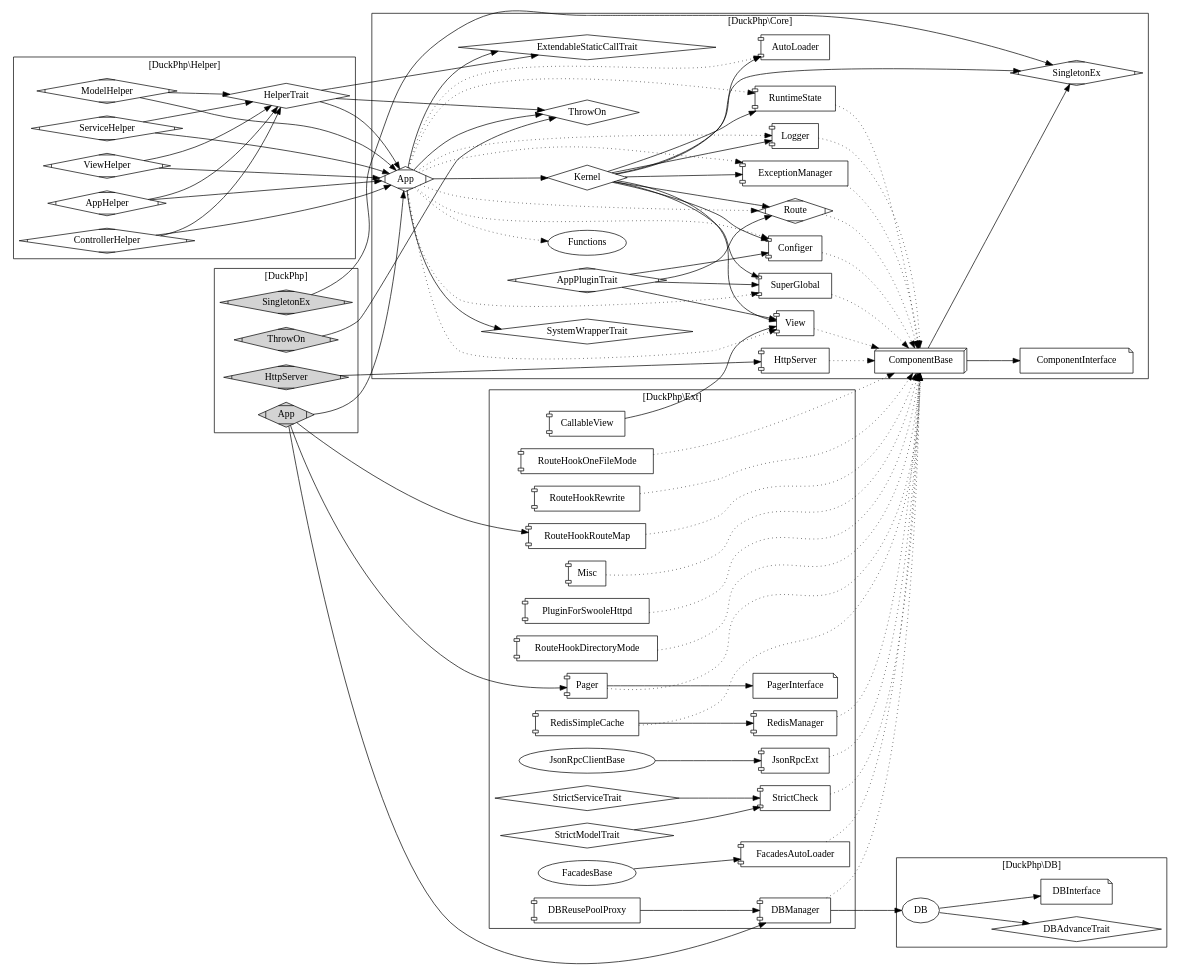
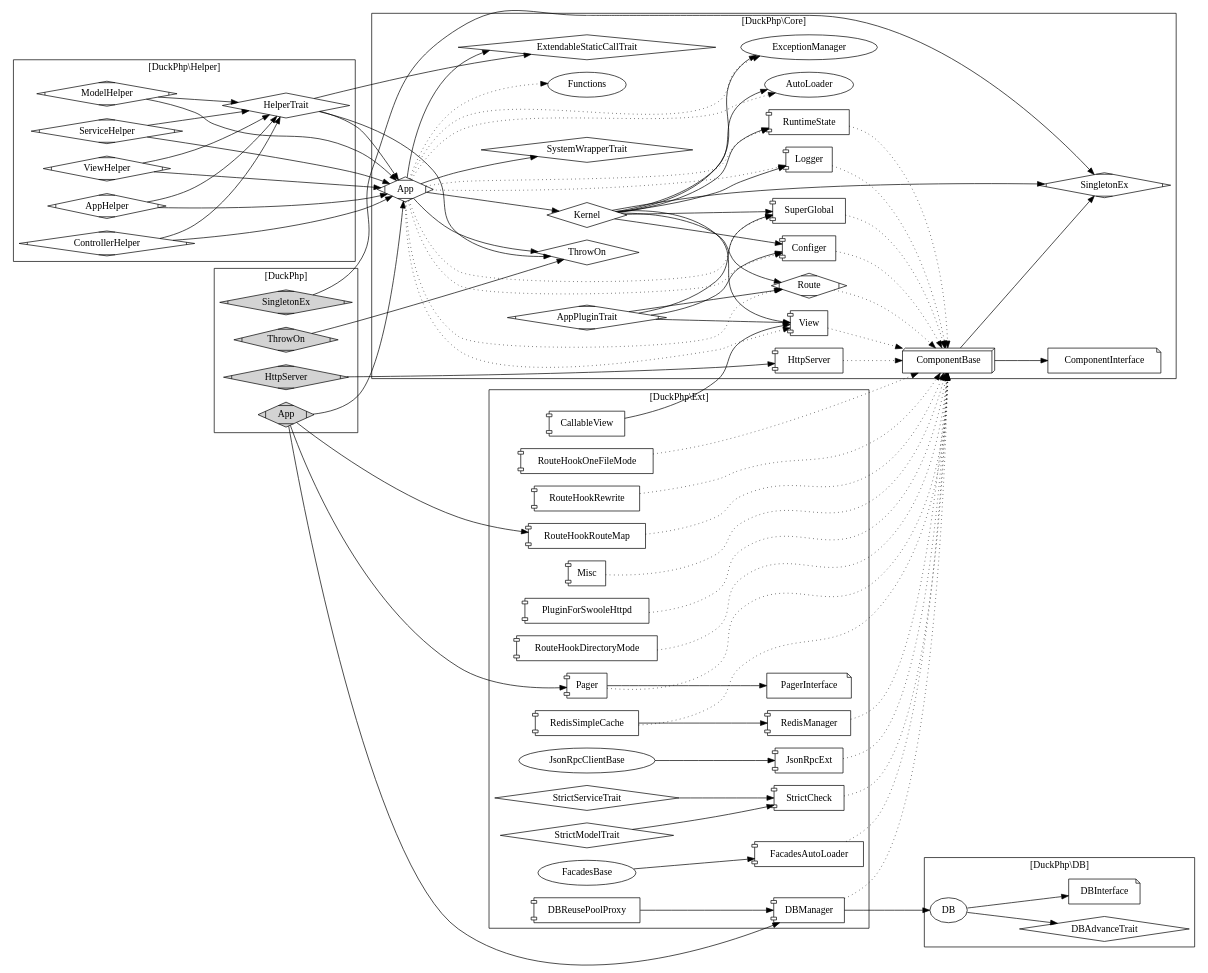
Before and after one commit to dvaknheo/duckphp: the diagram in doc/duckphp.gv, drawn with Graphviz. The commit also changed 7 other files, not shown here.

Commit message:
测试通过，ExceptionManager 也单独化

```diff
--- a/doc/duckphp.gv
+++ b/doc/duckphp.gv
@@ -10,8 +10,8 @@
     Core_App [label="App";shape=Mdiamond]; 
     Core_Kernel [label="Kernel";shape="diamond"];
     Core_SingletonEx [label="SingletonEx";shape=Mdiamond];
-    Core_AutoLoader [label="AutoLoader";shape="component"];
-    Core_ExceptionManager [label="ExceptionManager";shape="component"];
+    Core_AutoLoader [label="AutoLoader"];
+    Core_ExceptionManager [label="ExceptionManager"];
     Core_View [label="View";shape="component"];
     Core_Configer [label="Configer";shape="component"];
     Core_Logger [label="Logger";shape="component"];
@@ -62,7 +62,6 @@
     Core_AppPluginTrait -> Core_SuperGlobal;
     
     
-    Core_ExceptionManager -> Core_ComponentBase [style="dotted"];
     Core_Configer -> Core_ComponentBase [style="dotted"];
     Core_Route -> Core_ComponentBase [style="dotted"];
     Core_SuperGlobal -> Core_ComponentBase [style="dotted"];
```
